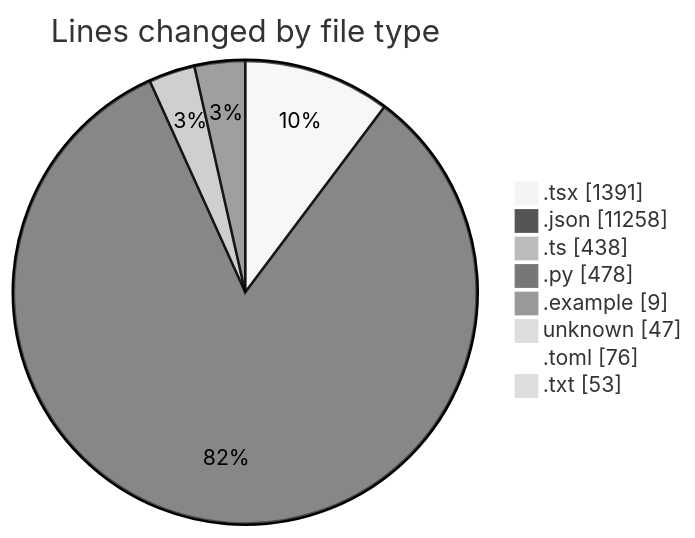
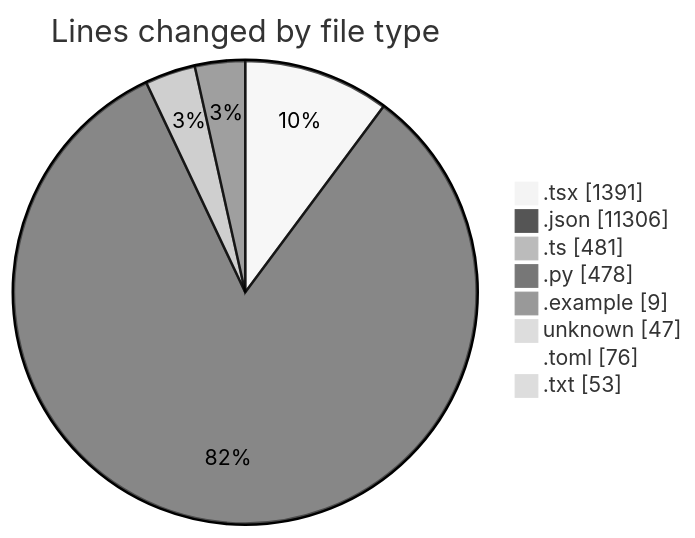
One commit to Elitesun/code-tracking changed the first of 2 diagrams in 2025-04-30/niten/README.md. Above: the diagram before and after it, drawn with Mermaid (neutral theme). The commit also changed other lines of this file and 1 other file, not shown here.

````diff
--- a/2025-04-30/niten/README.md
+++ b/2025-04-30/niten/README.md
@@ -63,12 +64,12 @@
 ```mermaid
 pie showData
 title Lines changed by file type
 ".tsx" : 1391
-".json" : 11258
-".ts" : 438
+".json" : 11306
+".ts" : 481
 ".py" : 478
 ".example" : 9
 "unknown" : 47
 ".toml" : 76
 ".txt" : 53
 ```
````
